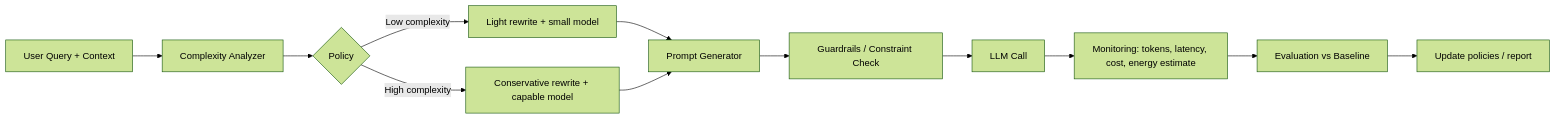
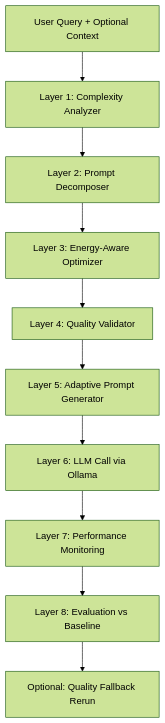
One commit to kaiumallimon/energy_efficient_llm_usage changed the diagram in README.md. Above: the diagram before and after it, drawn with Mermaid (forest theme). The commit also changed other lines of this file, not shown here.

````diff
--- a/README.md
+++ b/README.md
@@ -18,14 +61,12 @@
 ```mermaid
-flowchart LR
-    A[User Query + Context] --> B[Complexity Analyzer]
-    B --> C{Policy}
-    C -->|Low complexity| D1[Light rewrite + small model]
-    C -->|High complexity| D2[Conservative rewrite + capable model]
-    D1 --> E[Prompt Generator]
-    D2 --> E
-    E --> F[Guardrails / Constraint Check]
-    F --> G[LLM Call]
-    G --> H[Monitoring: tokens, latency, cost, energy estimate]
-    H --> I[Evaluation vs Baseline]
-    I --> J[Update policies / report]
+flowchart TD
+    A[User Query + Optional Context] --> B[Layer 1: Complexity Analyzer]
+    B --> C[Layer 2: Prompt Decomposer]
+    C --> D[Layer 3: Energy-Aware Optimizer]
+    D --> E[Layer 4: Quality Validator]
+    E --> F[Layer 5: Adaptive Prompt Generator]
+    F --> G[Layer 6: LLM Call via Ollama]
+    G --> H[Layer 7: Performance Monitoring]
+    H --> I[Layer 8: Evaluation vs Baseline]
+    I --> J[Optional: Quality Fallback Rerun]
 ```
````
